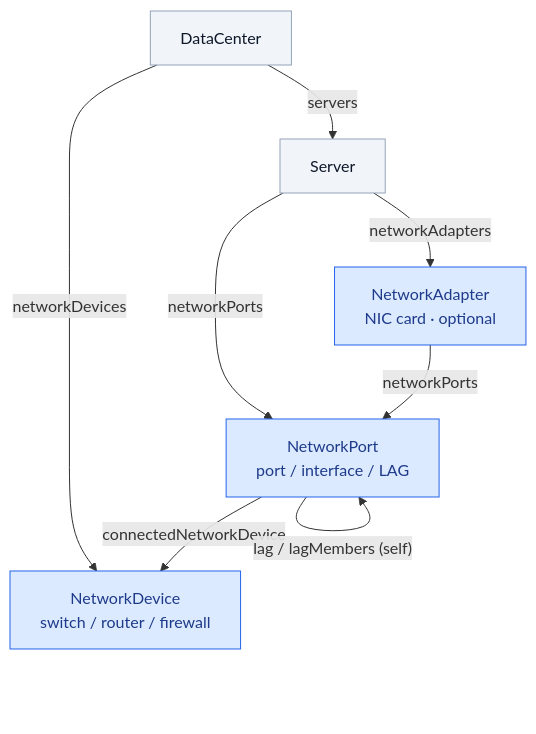
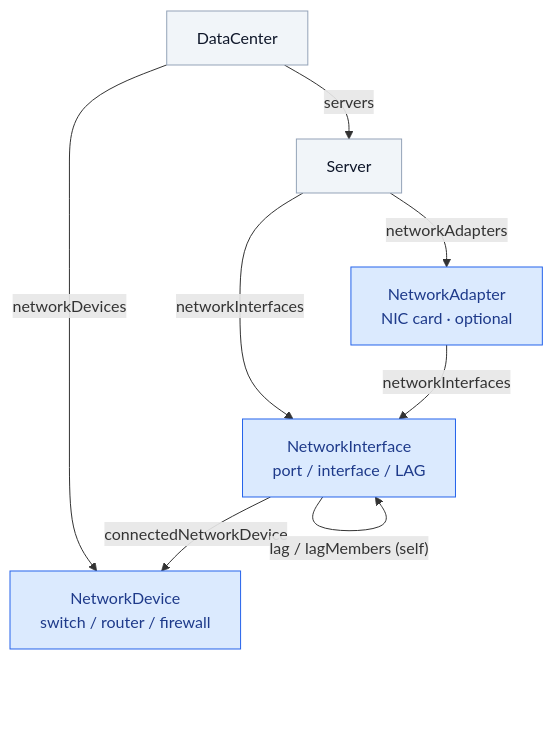
Before and after one commit to danieldn-aramada/orbital: the diagram in docs/network-model.md, drawn with Mermaid. The commit also changed other lines of this file and 27 other files, not shown here.

````diff
--- a/docs/network-model.md
+++ b/docs/network-model.md
@@ -40,21 +41,21 @@
 ```mermaid
 graph TD
     DC["DataCenter"]
     SRV["Server"]
     NA["NetworkAdapter<br/>NIC card · optional"]
-    NP["NetworkPort<br/>port / interface / LAG"]
+    NP["NetworkInterface<br/>port / interface / LAG"]
     SW["NetworkDevice<br/>switch / router / firewall"]
 
     DC -->|servers| SRV
     DC -->|networkDevices| SW
     SRV -->|networkAdapters| NA
-    SRV -->|networkPorts| NP
-    NA -->|networkPorts| NP
+    SRV -->|networkInterfaces| NP
+    NA -->|networkInterfaces| NP
     NP -->|connectedNetworkDevice| SW
     NP -->|"lag / lagMembers (self)"| NP
 
     classDef existing fill:#f1f5f9,stroke:#94a3b8,color:#0f172a;
     classDef added fill:#dbeafe,stroke:#2563eb,color:#1e3a8a;
     class DC,SRV existing;
     class NA,NP,SW added;
 ```
````
